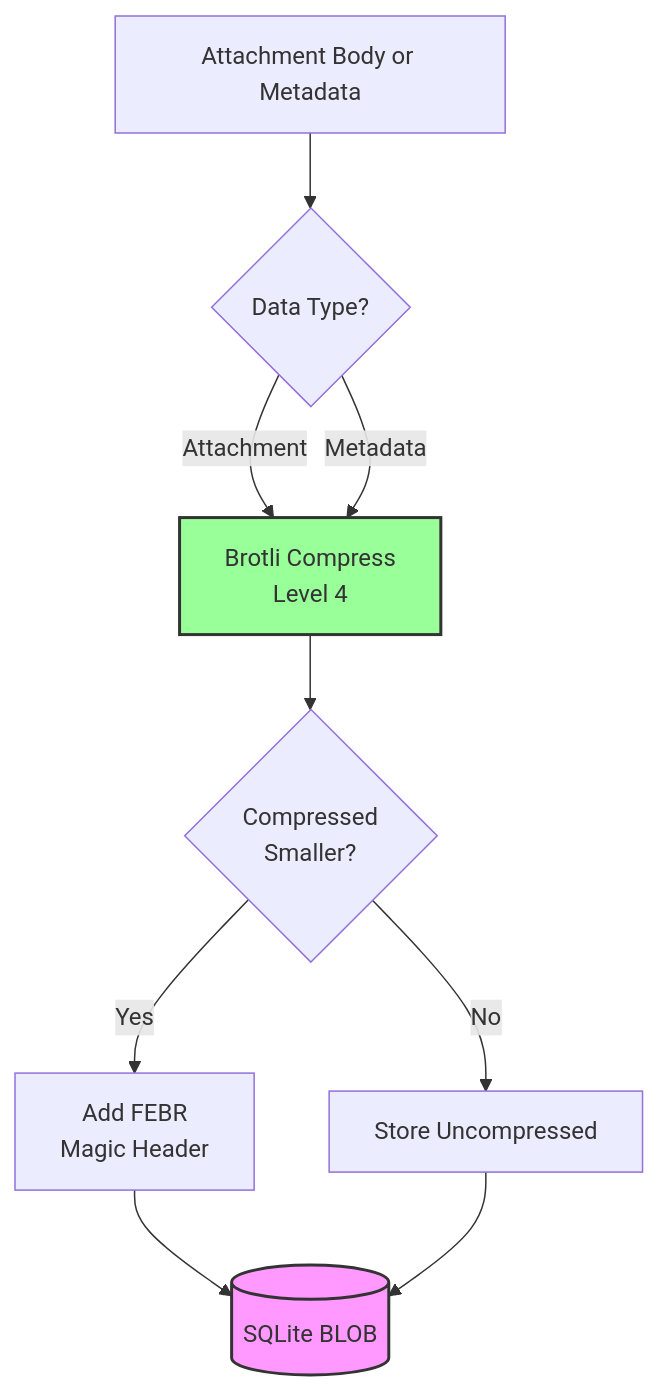
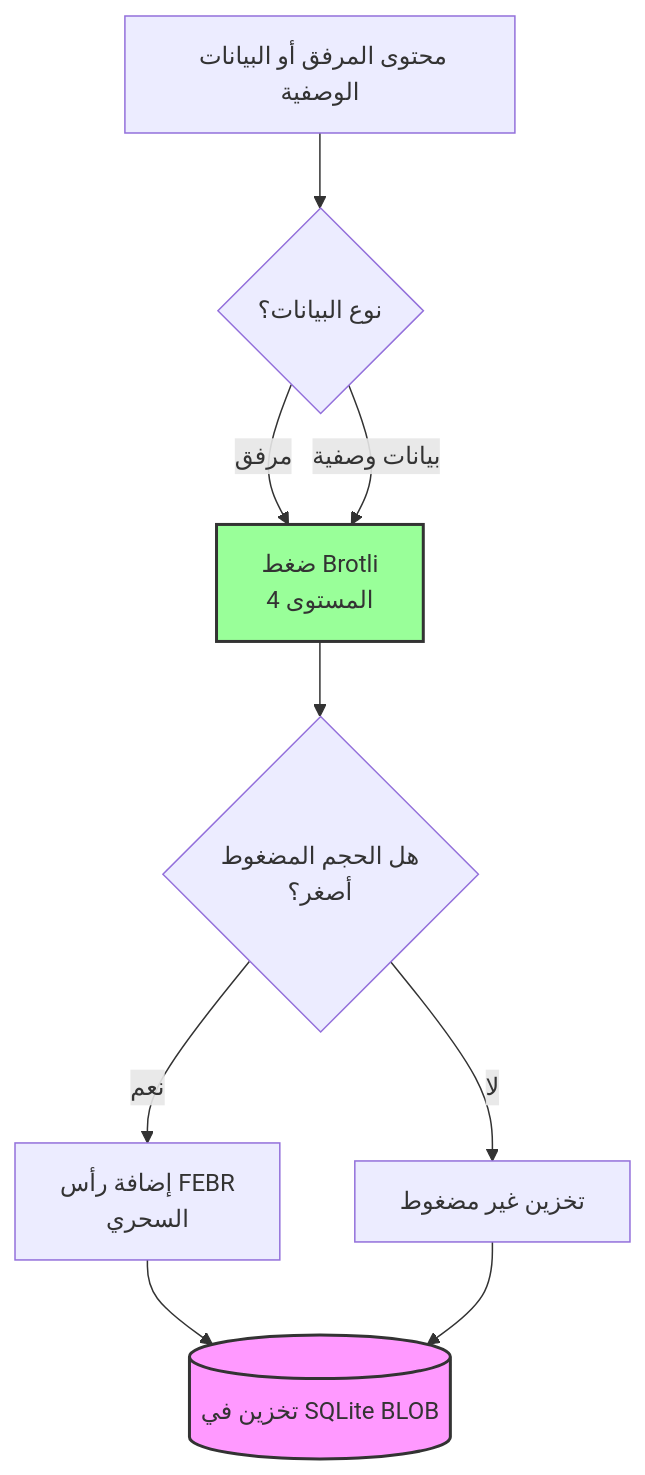
Before and after one commit to forwardemail/forwardemail.net: diagram 13 of 16 in app/views/docs/email-protocols-rfc-compliance-imap-smtp-pop3-comparison/index-ar.md, drawn with Mermaid. The commit also changed other lines of this file and 1055 other files, not shown here.

````diff
--- a/app/views/docs/email-protocols-rfc-compliance-imap-smtp-pop3-comparison/index-ar.md
+++ b/app/views/docs/email-protocols-rfc-compliance-imap-smtp-pop3-comparison/index-ar.md
@@ -1530,21 +1524,21 @@
 ```mermaid
 flowchart TB
-    Input[Attachment Body or Metadata]
-    CheckType{Data Type?}
-    Compress[Brotli Compress<br/>Level 4]
-    CheckSize{Compressed<br/>Smaller?}
-    AddHeader[Add FEBR<br/>Magic Header]
-    Store[(SQLite BLOB)]
+    Input[محتوى المرفق أو البيانات الوصفية]
+    CheckType{نوع البيانات؟}
+    Compress[ضغط Brotli<br/>المستوى 4]
+    CheckSize{هل الحجم المضغوط<br/>أصغر؟}
+    AddHeader[إضافة رأس FEBR<br/>السحري]
+    Store[(تخزين في SQLite BLOB)]
 
     Input --> CheckType
-    CheckType -->|Attachment| Compress
-    CheckType -->|Metadata| Compress
+    CheckType -->|مرفق| Compress
+    CheckType -->|بيانات وصفية| Compress
     Compress --> CheckSize
-    CheckSize -->|Yes| AddHeader
-    CheckSize -->|No| StoreRaw[Store Uncompressed]
+    CheckSize -->|نعم| AddHeader
+    CheckSize -->|لا| StoreRaw[تخزين غير مضغوط]
     AddHeader --> Store
     StoreRaw --> Store
 
     style Compress fill:#9f9,stroke:#333,stroke-width:2px
     style Store fill:#f9f,stroke:#333,stroke-width:2px
 ```
````
